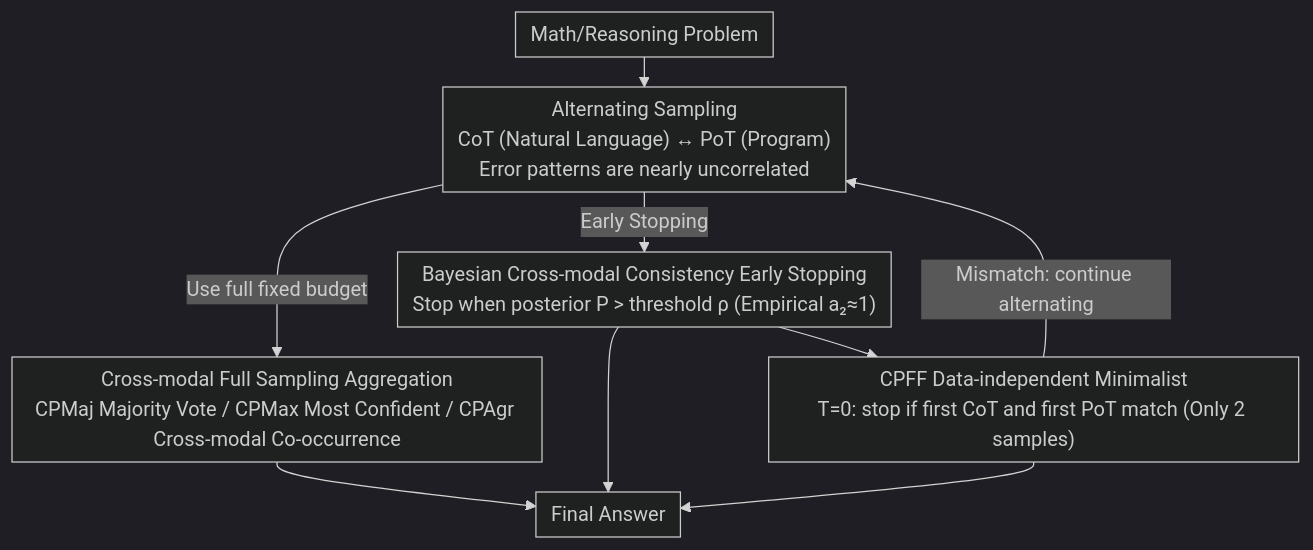
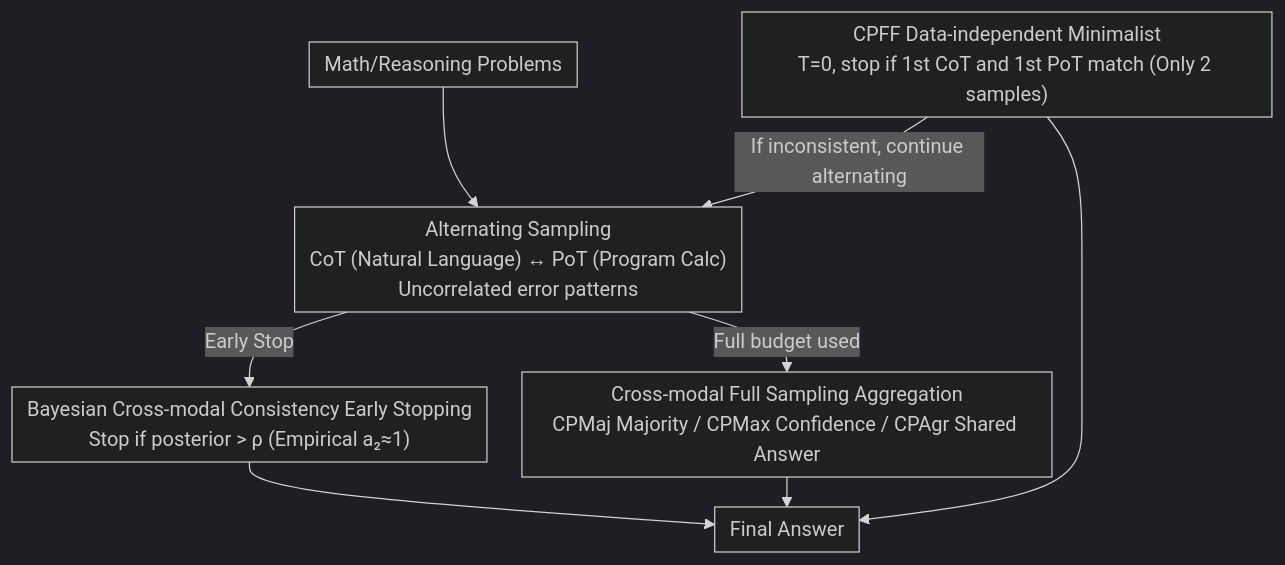
One commit to zhaoyang97/Paper-Notes-en changed the diagram in docs/ACL2026/llm_reasoning/self-consistency_from_only_two_samples_cot-pot_ensembling_for_efficient_llm_reas.md. Above: the diagram before and after it, drawn with Mermaid (dark theme). The commit also changed other lines of this file and 5084 other files, not shown here.

````diff
--- a/docs/ACL2026/llm_reasoning/self-consistency_from_only_two_samples_cot-pot_ensembling_for_efficient_llm_reas.md
+++ b/docs/ACL2026/llm_reasoning/self-consistency_from_only_two_samples_cot-pot_ensembling_for_efficient_llm_reas.md
@@ -45,12 +45,12 @@
 ```mermaid
 %%{init: {'flowchart': {'rankSpacing': 24, 'nodeSpacing': 28, 'padding': 6, 'wrappingWidth': 400}}}%%
 flowchart TD
-    A["Math/Reasoning Problem"] --> B["Alternating Sampling<br/>CoT (Natural Language) ↔ PoT (Program)<br/>Error patterns are nearly uncorrelated"]
-    B -->|Use full fixed budget| C["Cross-modal Full Sampling Aggregation<br/>CPMaj Majority Vote / CPMax Most Confident / CPAgr Cross-modal Co-occurrence"]
-    B -->|Early Stopping| D["Bayesian Cross-modal Consistency Early Stopping<br/>Stop when posterior P > threshold ρ (Empirical a₂≈1)"]
-    D --> E["CPFF Data-independent Minimalist<br/>T=0: stop if first CoT and first PoT match (Only 2 samples)"]
-    E -->|Mismatch: continue alternating| B
+    A["Math/Reasoning Problems"] --> B["Alternating Sampling<br/>CoT (Natural Language) ↔ PoT (Program Calc)<br/>Uncorrelated error patterns"]
+    B -->|Full budget used| C["Cross-modal Full Sampling Aggregation<br/>CPMaj Majority / CPMax Confidence / CPAgr Shared Answer"]
+    B -->|Early Stop| D["Bayesian Cross-modal Consistency Early Stopping<br/>Stop if posterior > ρ (Empirical a₂≈1)"]
+    E -->|If inconsistent, continue alternating| B
+    D --> F["Final Answer"]
     C --> F["Final Answer"]
-    D --> F
+    E["CPFF Data-independent Minimalist<br/>T=0, stop if 1st CoT and 1st PoT match (Only 2 samples)"]
     E --> F
 ```
````
